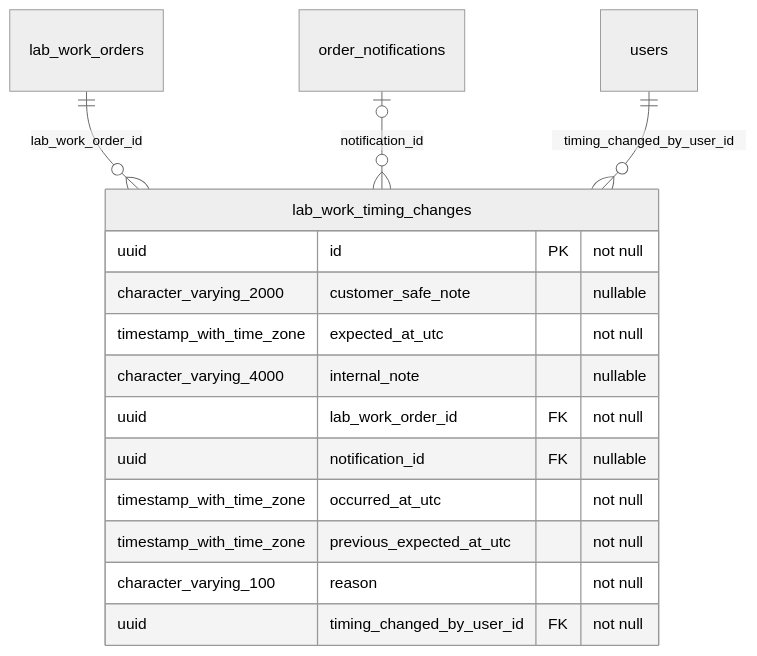
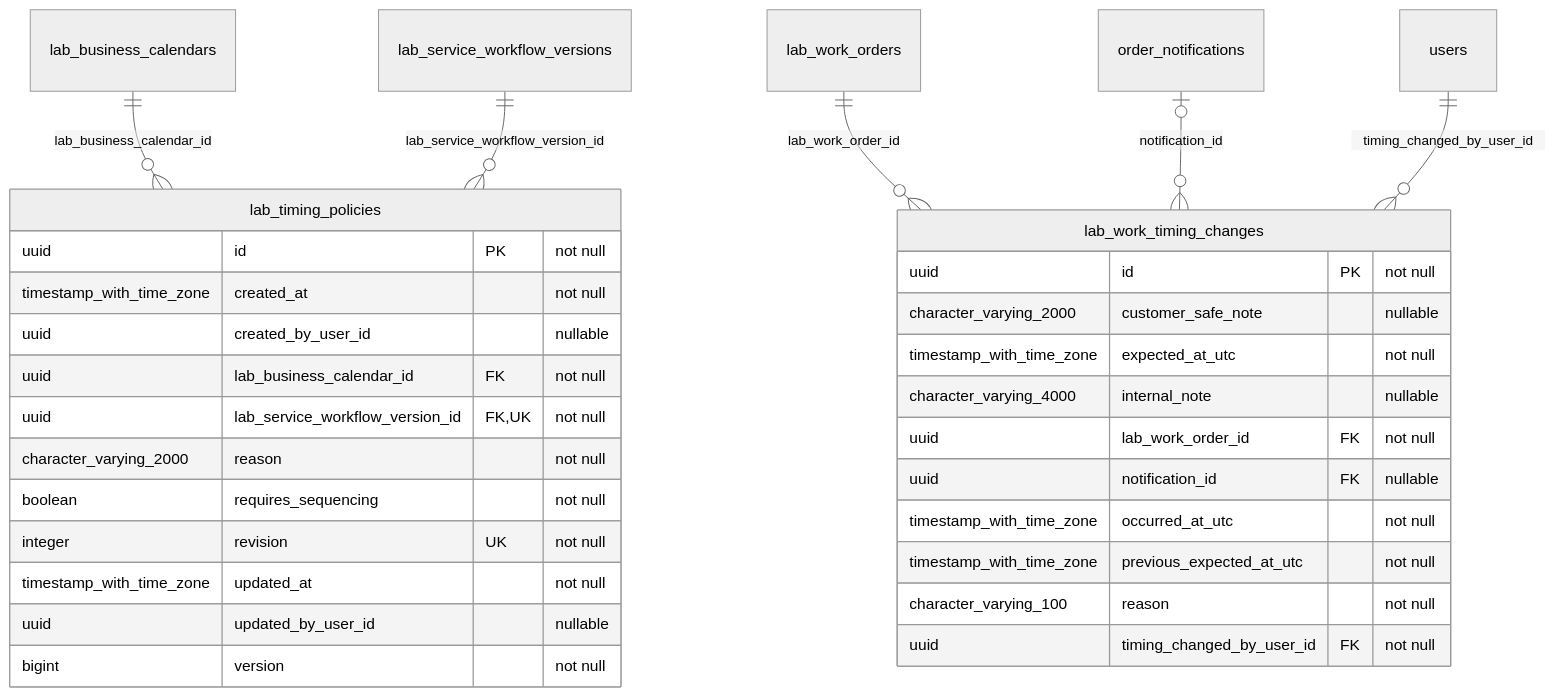
One commit to behaack/phaeno-ops-mgmt-system changed diagram 24 of 31 in docs/database-erd.md. Above: the diagram before and after it, drawn with Mermaid (neutral theme). The commit also changed other lines of this file and 299 other files, not shown here.

````diff
--- a/docs/database-erd.md
+++ b/docs/database-erd.md
@@ -3237,18 +3302,33 @@
 ```mermaid
 erDiagram
+    lab_timing_policies {
+        uuid id PK "not null"
+        timestamp_with_time_zone created_at "not null"
+        uuid created_by_user_id "nullable"
+        uuid lab_business_calendar_id FK "not null"
+        uuid lab_service_workflow_version_id FK,UK "not null"
+        character_varying_2000 reason "not null"
+        boolean requires_sequencing "not null"
+        integer revision UK "not null"
+        timestamp_with_time_zone updated_at "not null"
+        uuid updated_by_user_id "nullable"
+        bigint version "not null"
+    }
     lab_work_timing_changes {
         uuid id PK "not null"
         character_varying_2000 customer_safe_note "nullable"
         timestamp_with_time_zone expected_at_utc "not null"
         character_varying_4000 internal_note "nullable"
         uuid lab_work_order_id FK "not null"
         uuid notification_id FK "nullable"
         timestamp_with_time_zone occurred_at_utc "not null"
         timestamp_with_time_zone previous_expected_at_utc "not null"
         character_varying_100 reason "not null"
         uuid timing_changed_by_user_id FK "not null"
     }
+    lab_business_calendars ||--o{ lab_timing_policies : "lab_business_calendar_id"
+    lab_service_workflow_versions ||--o{ lab_timing_policies : "lab_service_workflow_version_id"
     lab_work_orders ||--o{ lab_work_timing_changes : "lab_work_order_id"
     order_notifications o|--o{ lab_work_timing_changes : "notification_id"
     users ||--o{ lab_work_timing_changes : "timing_changed_by_user_id"
 ```
````
